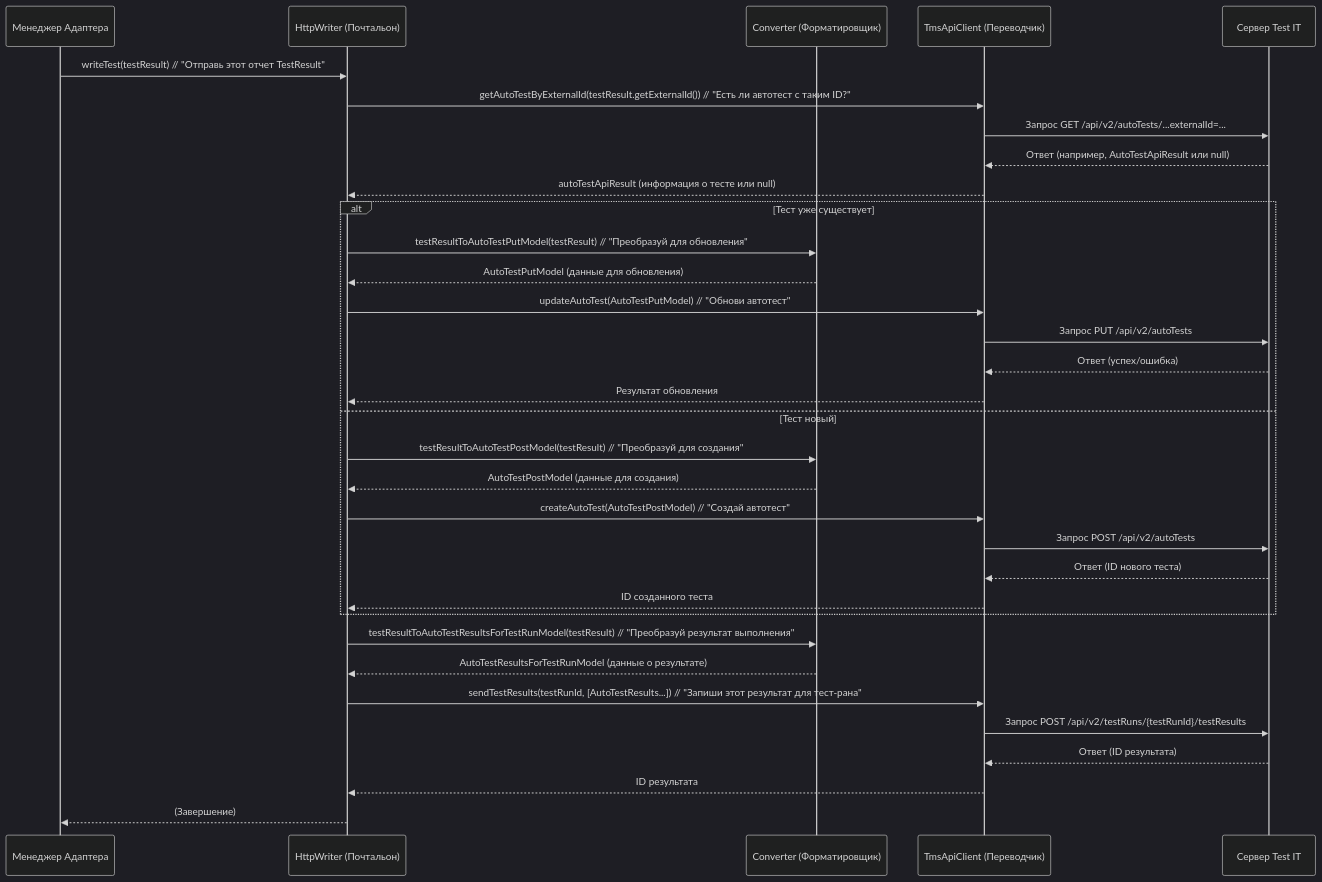
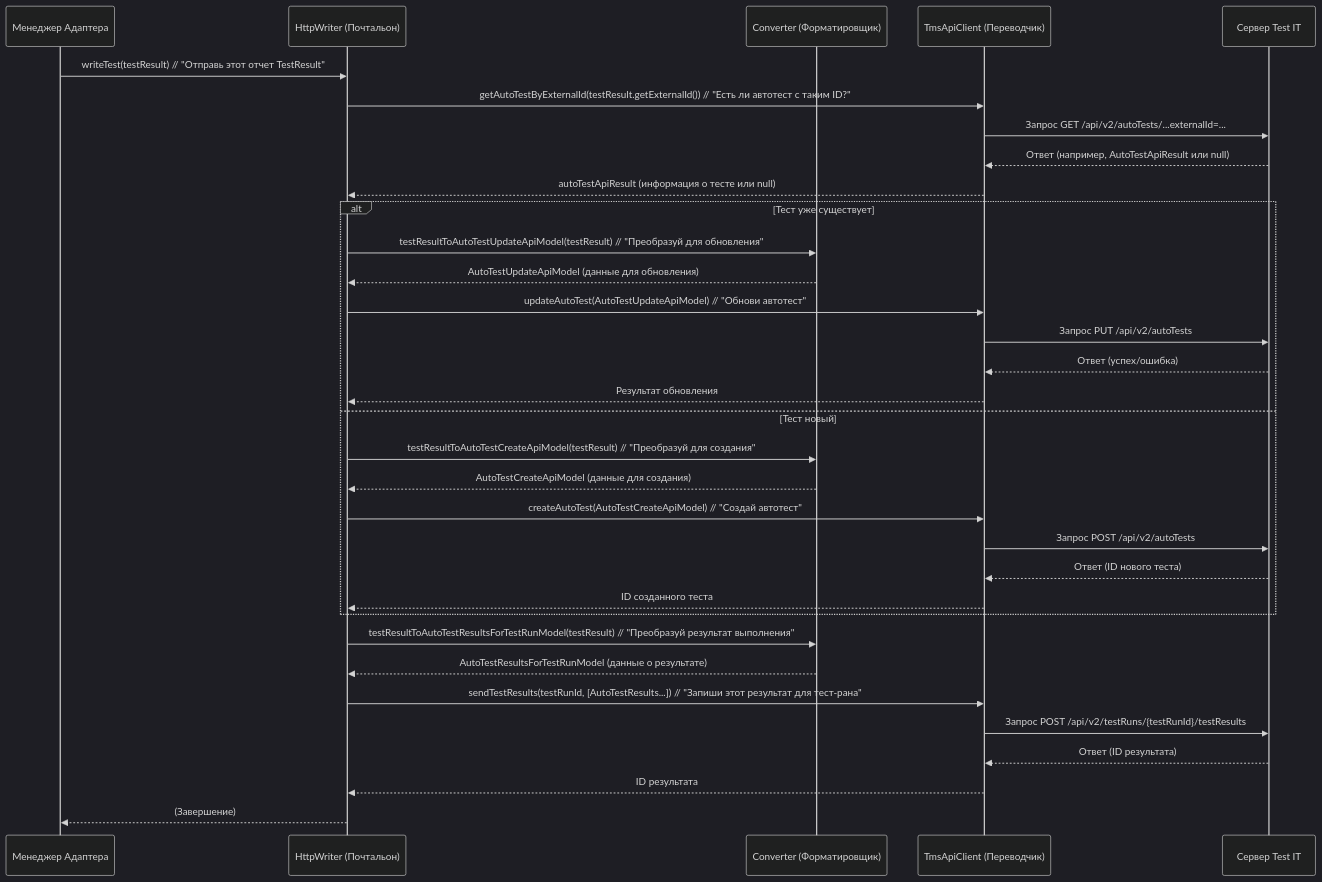
One commit to testit-tms/adapters-java changed the diagram in docs/07_клиент_api.md. Above: the diagram before and after it, drawn with Mermaid (dark theme). The commit also changed other lines of this file and 10 other files, not shown here.

````diff
--- a/docs/07_клиент_api.md
+++ b/docs/07_клиент_api.md
@@ -182,39 +182,39 @@
 ```mermaid
 sequenceDiagram
     participant AM as Менеджер Адаптера
     participant Writer as HttpWriter (Почтальон)
     participant Converter as Converter (Форматировщик)
     participant ApiClient as TmsApiClient (Переводчик)
     participant TestIT as Сервер Test IT
 
     AM->>Writer: writeTest(testResult) // "Отправь этот отчет TestResult"
     Writer->>ApiClient: getAutoTestByExternalId(testResult.getExternalId()) // "Есть ли автотест с таким ID?"
     ApiClient->>TestIT: Запрос GET /api/v2/autoTests/...externalId=...
     TestIT-->>ApiClient: Ответ (например, AutoTestApiResult или null)
     ApiClient-->>Writer: autoTestApiResult (информация о тесте или null)
 
     alt Тест уже существует
-        Writer->>Converter: testResultToAutoTestPutModel(testResult) // "Преобразуй для обновления"
-        Converter-->>Writer: AutoTestPutModel (данные для обновления)
-        Writer->>ApiClient: updateAutoTest(AutoTestPutModel) // "Обнови автотест"
+        Writer->>Converter: testResultToAutoTestUpdateApiModel(testResult) // "Преобразуй для обновления"
+        Converter-->>Writer: AutoTestUpdateApiModel (данные для обновления)
+        Writer->>ApiClient: updateAutoTest(AutoTestUpdateApiModel) // "Обнови автотест"
         ApiClient->>TestIT: Запрос PUT /api/v2/autoTests
         TestIT-->>ApiClient: Ответ (успех/ошибка)
         ApiClient-->>Writer: Результат обновления
     else Тест новый
-        Writer->>Converter: testResultToAutoTestPostModel(testResult) // "Преобразуй для создания"
-        Converter-->>Writer: AutoTestPostModel (данные для создания)
-        Writer->>ApiClient: createAutoTest(AutoTestPostModel) // "Создай автотест"
+        Writer->>Converter: testResultToAutoTestCreateApiModel(testResult) // "Преобразуй для создания"
+        Converter-->>Writer: AutoTestCreateApiModel (данные для создания)
+        Writer->>ApiClient: createAutoTest(AutoTestCreateApiModel) // "Создай автотест"
         ApiClient->>TestIT: Запрос POST /api/v2/autoTests
         TestIT-->>ApiClient: Ответ (ID нового теста)
         ApiClient-->>Writer: ID созданного теста
     end
 
     Writer->>Converter: testResultToAutoTestResultsForTestRunModel(testResult) // "Преобразуй результат выполнения"
     Converter-->>Writer: AutoTestResultsForTestRunModel (данные о результате)
     Writer->>ApiClient: sendTestResults(testRunId, [AutoTestResults...]) // "Запиши этот результат для тест-рана"
     ApiClient->>TestIT: Запрос POST /api/v2/testRuns/{testRunId}/testResults
     TestIT-->>ApiClient: Ответ (ID результата)
     ApiClient-->>Writer: ID результата
     Writer-->>AM: (Завершение)
 
 ```
````
